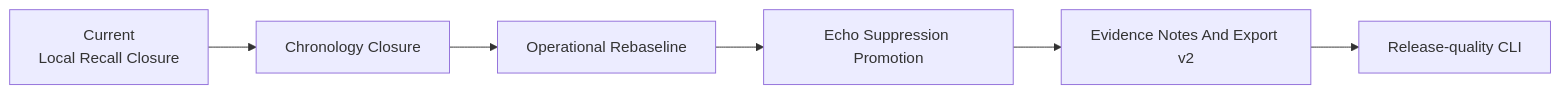
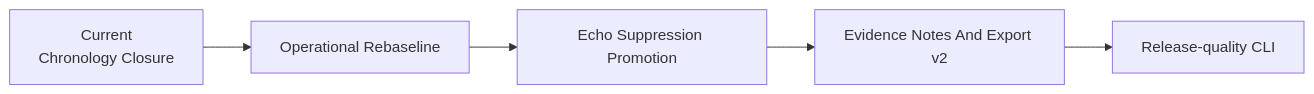
Before and after one commit to asukhodko/murmurmark: the second of 4 diagrams in docs/roadmap/murmurmark-cli-roadmap.md, drawn with Mermaid. The commit also changed other lines of this file and 16 other files, not shown here.

Commit message:
feat: close residual local recall corpus

````diff
--- a/docs/roadmap/murmurmark-cli-roadmap.md
+++ b/docs/roadmap/murmurmark-cli-roadmap.md
@@ -60,11 +60,10 @@
 ```mermaid
 flowchart LR
-    A["Current<br/>Local Recall Closure"]
-    B["Chronology Closure"]
-    C["Operational Rebaseline"]
-    D["Echo Suppression Promotion"]
-    E["Evidence Notes And Export v2"]
-    F["Release-quality CLI"]
+    A["Current<br/>Chronology Closure"]
+    B["Operational Rebaseline"]
+    C["Echo Suppression Promotion"]
+    D["Evidence Notes And Export v2"]
+    E["Release-quality CLI"]
 
-    A --> B --> C --> D --> E --> F
+    A --> B --> C --> D --> E
 ```
````
